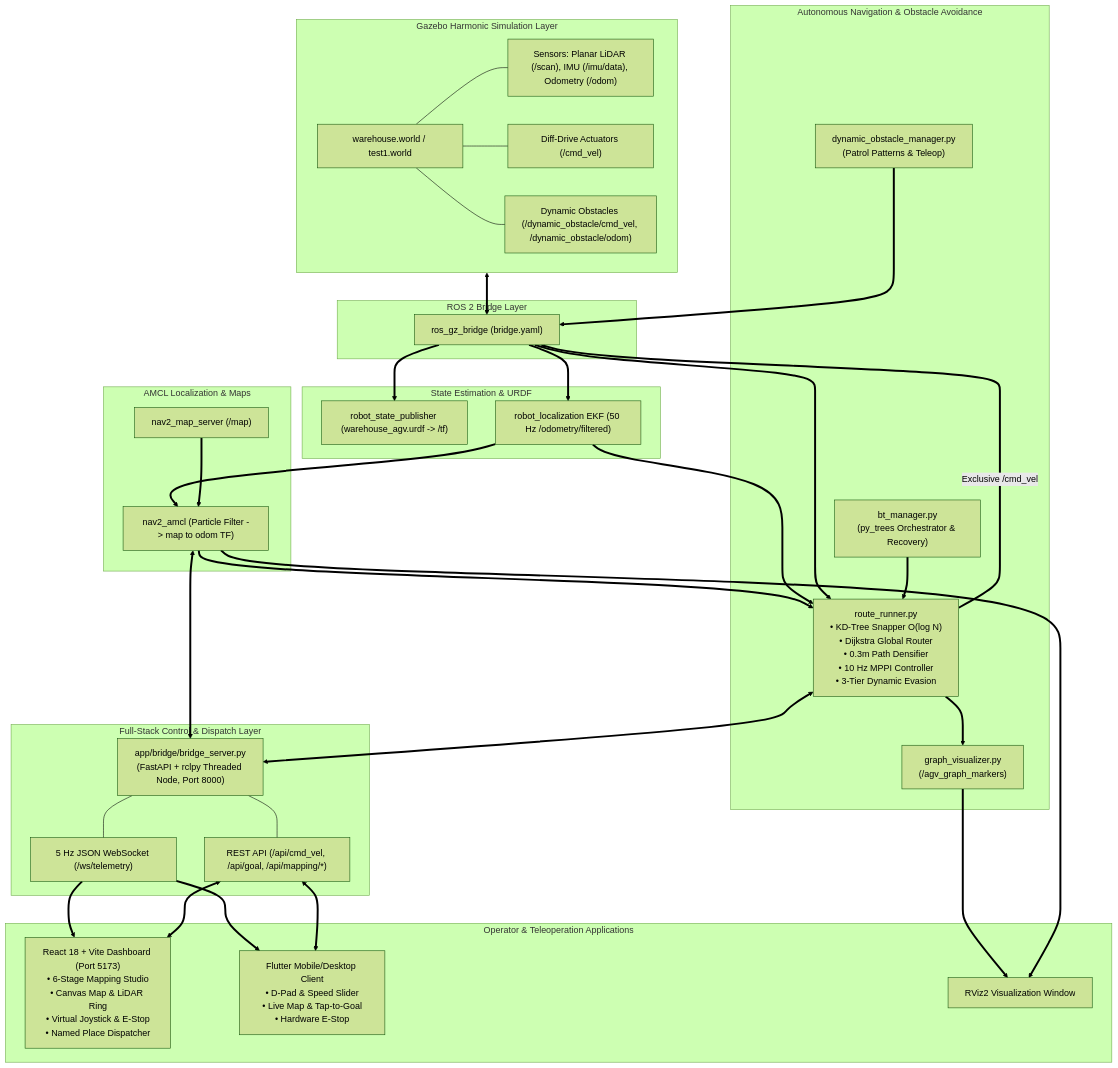
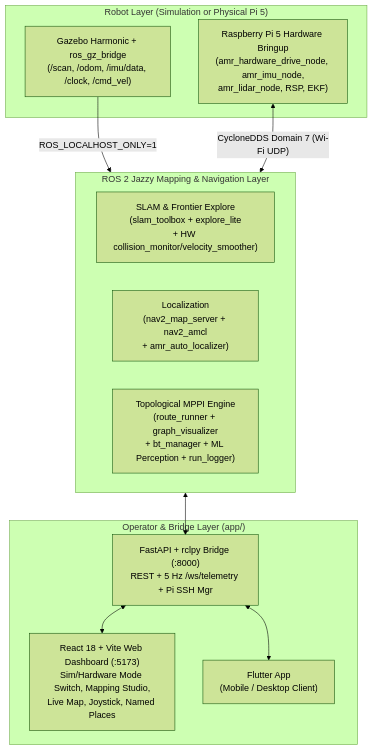
Before and after one commit to RahulK27-pro/AMR: the diagram in README.md, drawn with Mermaid (forest theme). The commit also changed other lines of this file and 146 other files, not shown here.

````diff
--- a/README.md
+++ b/README.md
@@ -56,67 +34,25 @@
 ```mermaid
 flowchart TB
-    subgraph GazeboSimulation ["Gazebo Harmonic Simulation Layer"]
-        World["warehouse.world / test1.world"]
-        GZSensors["Sensors: Planar LiDAR (/scan), IMU (/imu/data), Odometry (/odom)"]
-        GZActuators["Diff-Drive Actuators (/cmd_vel)"]
-        DynObs["Dynamic Obstacles (/dynamic_obstacle/cmd_vel, /dynamic_obstacle/odom)"]
-        World --- GZSensors
-        World --- GZActuators
-        World --- DynObs
+    subgraph SimOrHW ["Robot Layer (Simulation or Physical Pi 5)"]
+        GZ["Gazebo Harmonic + ros_gz_bridge\n(/scan, /odom, /imu/data, /clock, /cmd_vel)"]
+        PI["Raspberry Pi 5 Hardware Bringup\n(amr_hardware_drive_node, amr_imu_node,\namr_lidar_node, RSP, EKF)"]
     end
 
-    subgraph ROSGzBridge ["ROS 2 Bridge Layer"]
-        BridgeYaml["ros_gz_bridge (bridge.yaml)"]
+    subgraph Autonomy ["ROS 2 Jazzy Mapping & Navigation Layer"]
+        SLAM["SLAM & Frontier Explore\n(slam_toolbox + explore_lite\n+ HW collision_monitor/velocity_smoother)"]
+        LOC["Localization\n(nav2_map_server + nav2_amcl\n+ amr_auto_localizer)"]
+        NAV["Topological MPPI Engine\n(route_runner + graph_visualizer\n+ bt_manager + ML Perception + run_logger)"]
     end
-    GazeboSimulation <==> BridgeYaml
 
-    subgraph CoreStateEstimation ["State Estimation & URDF"]
-        RSP["robot_state_publisher (warehouse_agv.urdf -> /tf)"]
-        EKF["robot_localization EKF (50 Hz /odometry/filtered)"]
+    subgraph Operator ["Operator & Bridge Layer (app/)"]
+        BRIDGE["FastAPI + rclpy Bridge (:8000)\nREST + 5 Hz /ws/telemetry + Pi SSH Mgr"]
+        WEB["React 18 + Vite Web Dashboard (:5173)\nSim/Hardware Mode Switch, Mapping Studio,\nLive Map, Joystick, Named Places"]
+        FLUTTER["Flutter App\n(Mobile / Desktop Client)"]
     end
-    BridgeYaml ==> RSP
-    BridgeYaml ==> EKF
 
-    subgraph LocalizationLayer ["AMCL Localization & Maps"]
-        MapServer["nav2_map_server (/map)"]
-        AMCL["nav2_amcl (Particle Filter -> map to odom TF)"]
-    end
-    EKF ==> AMCL
-    MapServer ==> AMCL
-
-    subgraph NavEngine ["Autonomous Navigation & Obstacle Avoidance"]
-        RouteRunner["route_runner.py\n• KD-Tree Snapper O(log N)\n• Dijkstra Global Router\n• 0.3m Path Densifier\n• 10 Hz MPPI Controller\n• 3-Tier Dynamic Evasion"]
-        GraphVis["graph_visualizer.py\n(/agv_graph_markers)"]
-        BTManager["bt_manager.py\n(py_trees Orchestrator & Recovery)"]
-        DynMgr["dynamic_obstacle_manager.py\n(Patrol Patterns & Teleop)"]
-    end
-    AMCL ==> RouteRunner
-    EKF ==> RouteRunner
-    BridgeYaml ==> RouteRunner
-    RouteRunner ==>|Exclusive /cmd_vel| BridgeYaml
-    RouteRunner ==> GraphVis
-    BTManager ==> RouteRunner
-    DynMgr ==> BridgeYaml
-
-    subgraph AppBridge ["Full-Stack Control & Dispatch Layer"]
-        FastAPIBridge["app/bridge/bridge_server.py\n(FastAPI + rclpy Threaded Node, Port 8000)"]
-        WebSocketStream["5 Hz JSON WebSocket (/ws/telemetry)"]
-        RESTEndpoints["REST API (/api/cmd_vel, /api/goal, /api/mapping/*)"]
-    end
-    RouteRunner <==> FastAPIBridge
-    AMCL <==> FastAPIBridge
-    FastAPIBridge --- WebSocketStream
-    FastAPIBridge --- RESTEndpoints
-
-    subgraph OperatorUIs ["Operator & Teleoperation Applications"]
-        WebDashboard["React 18 + Vite Dashboard (Port 5173)\n• 6-Stage Mapping Studio\n• Canvas Map & LiDAR Ring\n• Virtual Joystick & E-Stop\n• Named Place Dispatcher"]
-        FlutterApp["Flutter Mobile/Desktop Client\n• D-Pad & Speed Slider\n• Live Map & Tap-to-Goal\n• Hardware E-Stop"]
-        RViz2UI["RViz2 Visualization Window"]
-    end
-    WebSocketStream ==> WebDashboard
-    RESTEndpoints <==> WebDashboard
-    WebSocketStream ==> FlutterApp
-    RESTEndpoints <==> FlutterApp
-    GraphVis ==> RViz2UI
-    AMCL ==> RViz2UI
+    GZ -->|"ROS_LOCALHOST_ONLY=1"| Autonomy
+    PI <-->|"CycloneDDS Domain 7 (Wi-Fi UDP)"| Autonomy
+    Autonomy <--> BRIDGE
+    BRIDGE <--> WEB
+    BRIDGE <--> FLUTTER
 ```
````
